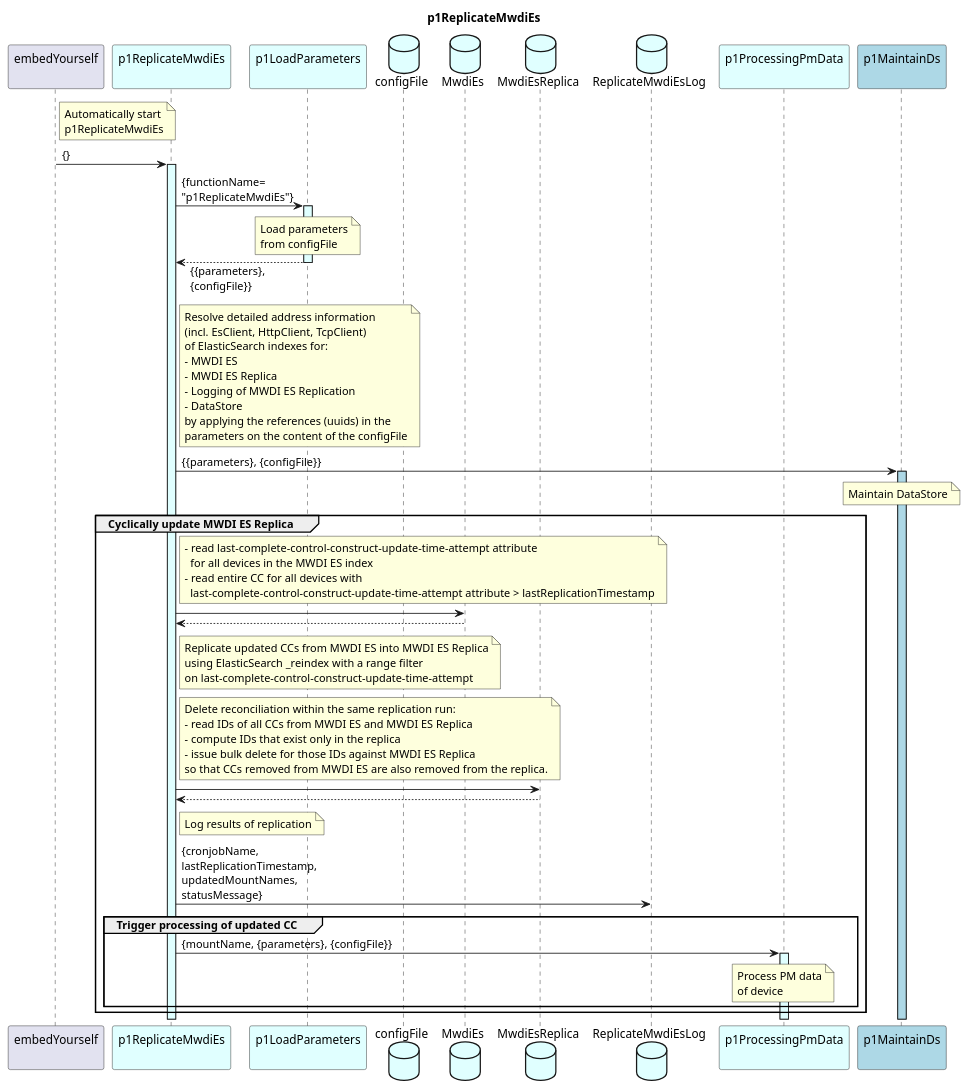
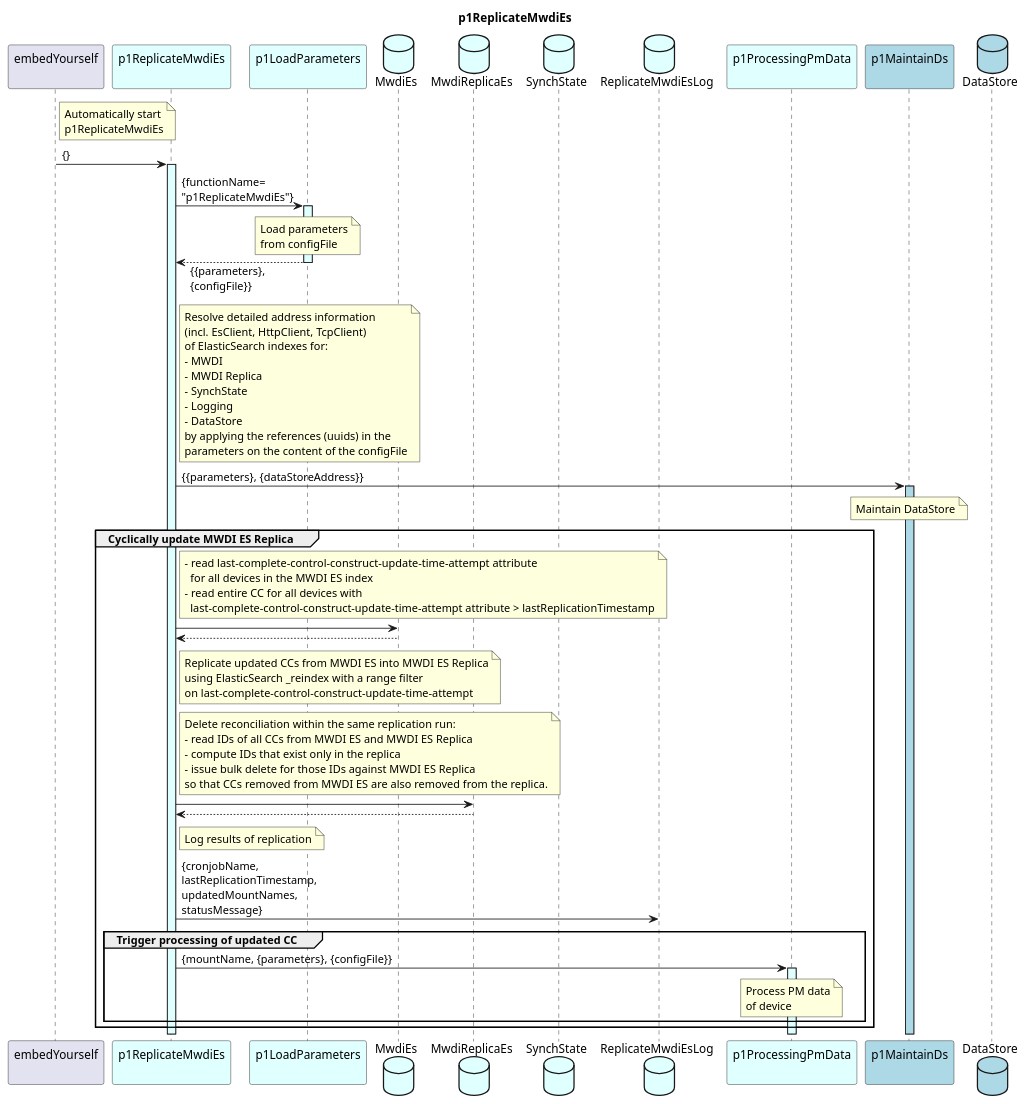
One commit to openBackhaul/DevicePerformanceManagementDataProcessor changed the diagram in spec/Functions/specificFunctions/p1ReplicateMwdiEs/p1ReplicateMwdiEs.plantuml. Above: the diagram before and after it, drawn with PlantUML. The commit also changed 5 other files, not shown here.

```diff
--- a/spec/Functions/specificFunctions/p1ReplicateMwdiEs/p1ReplicateMwdiEs.plantuml
+++ b/spec/Functions/specificFunctions/p1ReplicateMwdiEs/p1ReplicateMwdiEs.plantuml
@@ -1,98 +1,101 @@
 @startuml p1ReplicateMwdiEs
 skinparam responseMessageBelowArrow true
 
 title
   p1ReplicateMwdiEs
 end title
 
 participant "embedYourself\n" as embed
 participant "p1ReplicateMwdiEs\n" as p1RMWDI #LightCyan
 participant "p1LoadParameters\n" as p1LP #LightCyan
-database "configFile" as configFile #LightCyan
 
 database "MwdiEs" as mwdiEs #LightCyan
-database "MwdiEsReplica" as mwdiEsReplica #LightCyan
+database "MwdiReplicaEs" as MwdiReplicaEs #LightCyan
+database "SynchState" as synchState #LightCyan
 database "ReplicateMwdiEsLog" as log #LightCyan
 
 participant "p1ProcessingPmData\n" as p1ProOrch #LightCyan
 participant "p1MaintainDs\n" as p1MDS #LightBlue
+database "DataStore" as dataStore #LightBlue
 
 note right embed
   Automatically start
   p1ReplicateMwdiEs
 end note
 embed -> p1RMWDI : {}
 activate p1RMWDI #LightCyan
 
   p1RMWDI -> p1LP : {functionName=\n"p1ReplicateMwdiEs"}
   activate p1LP #LightCyan
     note over p1LP
       Load parameters
       from configFile
     end note
   p1RMWDI <-- p1LP : {{parameters},\n{configFile}}
   deactivate p1LP
 
   note right p1RMWDI
     Resolve detailed address information 
     (incl. EsClient, HttpClient, TcpClient)
     of ElasticSearch indexes for:
-    - MWDI ES
-    - MWDI ES Replica
-    - Logging of MWDI ES Replication
+    - MWDI
+    - MWDI Replica
+    - SynchState
+    - Logging
     - DataStore
     by applying the references (uuids) in the
     parameters on the content of the configFile
   end note
 
-  p1RMWDI -> p1MDS : {{parameters}, {configFile}}
+  p1RMWDI -> p1MDS : {{parameters}, {dataStoreAddress}}
   activate p1MDS #LightBlue
     note over p1MDS
       Maintain DataStore
     end note
 
   group Cyclically update MWDI ES Replica
 
     note right p1RMWDI
       - read last-complete-control-construct-update-time-attempt attribute
         for all devices in the MWDI ES index
       - read entire CC for all devices with
         last-complete-control-construct-update-time-attempt attribute > lastReplicationTimestamp
     end note
     p1RMWDI -> mwdiEs
     p1RMWDI <-- mwdiEs
 
     note right p1RMWDI
       Replicate updated CCs from MWDI ES into MWDI ES Replica
       using ElasticSearch _reindex with a range filter
       on last-complete-control-construct-update-time-attempt
     end note
 
+    ' todo: Please, double check the design, it might not be necessary to clean up the Replica on every run
     note right p1RMWDI
       Delete reconciliation within the same replication run:
       - read IDs of all CCs from MWDI ES and MWDI ES Replica
       - compute IDs that exist only in the replica
       - issue bulk delete for those IDs against MWDI ES Replica
       so that CCs removed from MWDI ES are also removed from the replica.
     end note
-    p1RMWDI -> mwdiEsReplica
-    p1RMWDI <-- mwdiEsReplica
+    p1RMWDI -> MwdiReplicaEs
+    p1RMWDI <-- MwdiReplicaEs
 
     note right p1RMWDI
       Log results of replication
     end note
     p1RMWDI -> log : {cronjobName,\nlastReplicationTimestamp,\nupdatedMountNames,\nstatusMessage}
 
 
     group Trigger processing of updated CC
       p1RMWDI -> p1ProOrch : {mountName, {parameters}, {configFile}}
       activate p1ProOrch #LightCyan
         note over p1ProOrch
           Process PM data
           of device
         end note
     end
 
   end
 
 @enduml
```
